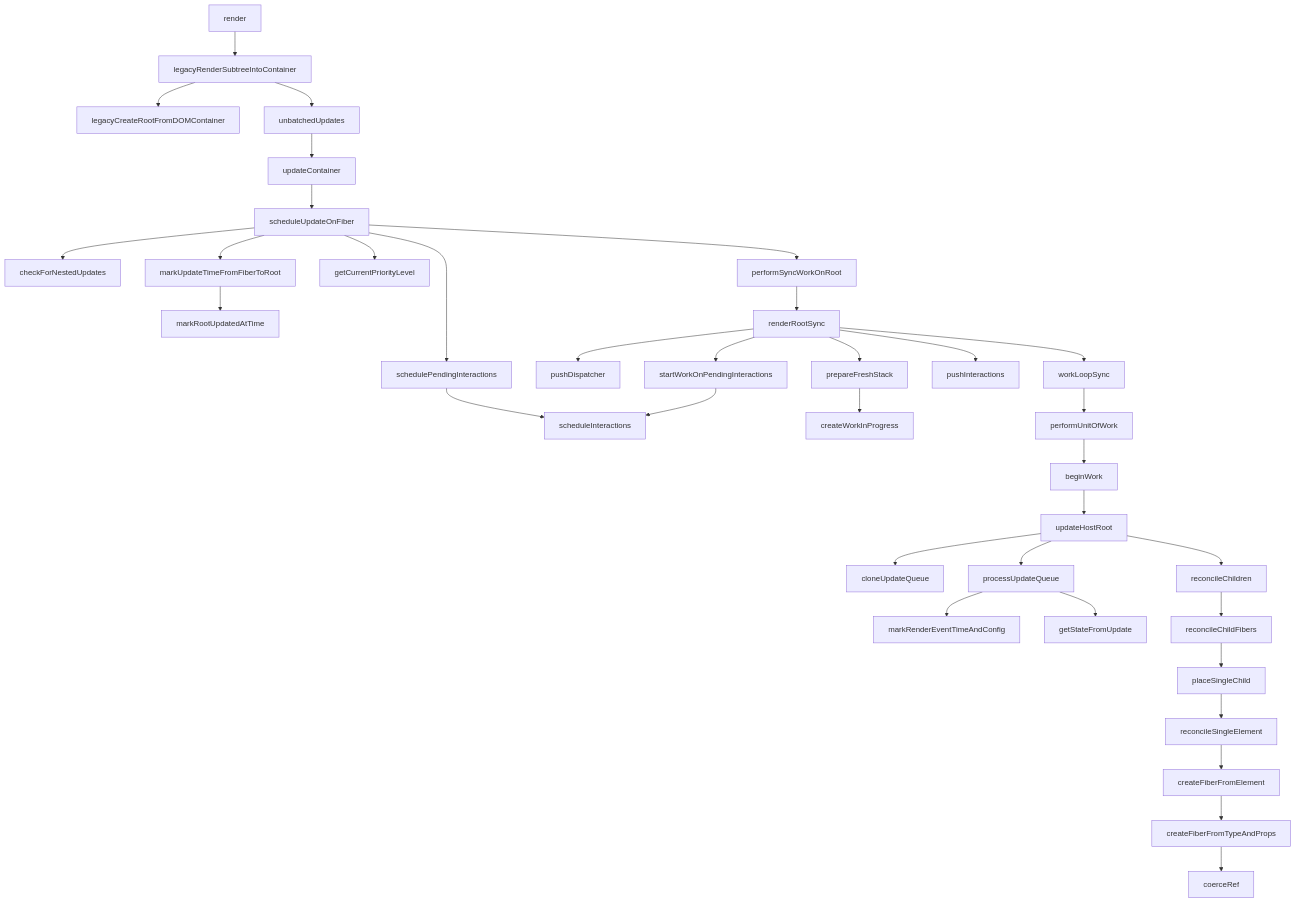
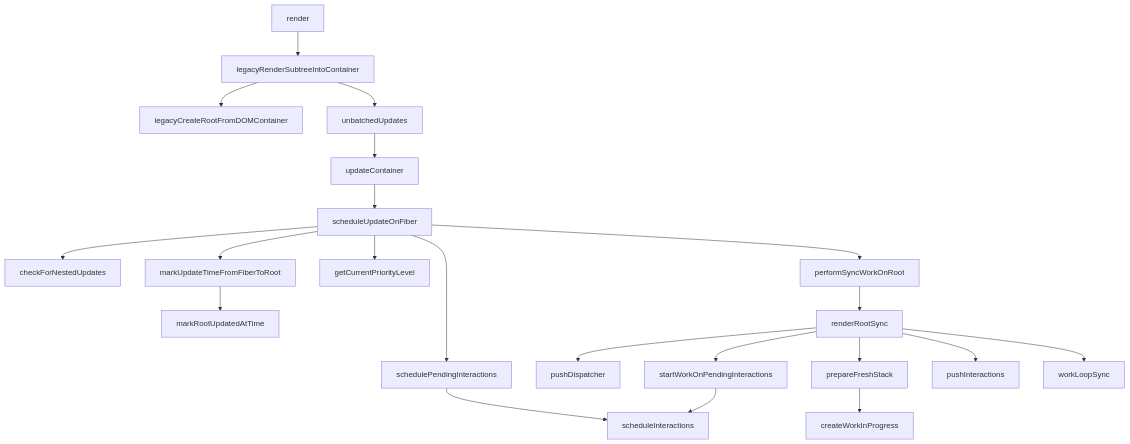
The first of 3 diagrams in source/_posts/2020-07-15-react源码学习之首次渲染调度更新的过程.md (ginnko/ginnko.github.io), drawn with Mermaid before and after one commit. The commit also changed other lines of this file, not shown here.

Commit message:
finish constructing Fiber of App in the first render

````diff
--- a/source/_posts/2020-07-15-react源码学习之首次渲染调度更新的过程.md
+++ b/source/_posts/2020-07-15-react源码学习之首次渲染调度更新的过程.md
@@ -16,38 +16,24 @@
 ```mermaid
 graph TD;
 
   render --> legacyRenderSubtreeIntoContainer;
   legacyRenderSubtreeIntoContainer --> legacyCreateRootFromDOMContainer;
   legacyRenderSubtreeIntoContainer --> unbatchedUpdates;
   unbatchedUpdates --> updateContainer;
   updateContainer --> scheduleUpdateOnFiber;
   scheduleUpdateOnFiber --> checkForNestedUpdates;
   scheduleUpdateOnFiber --> markUpdateTimeFromFiberToRoot;
   markUpdateTimeFromFiberToRoot --> markRootUpdatedAtTime;
   scheduleUpdateOnFiber --> getCurrentPriorityLevel;
   scheduleUpdateOnFiber --> schedulePendingInteractions;
   schedulePendingInteractions --> scheduleInteractions;
   scheduleUpdateOnFiber --> performSyncWorkOnRoot;
   performSyncWorkOnRoot --> renderRootSync;
   renderRootSync --> pushDispatcher;
   renderRootSync --> prepareFreshStack;
   prepareFreshStack --> createWorkInProgress;
   renderRootSync --> startWorkOnPendingInteractions;
   startWorkOnPendingInteractions --> scheduleInteractions;
   renderRootSync --> pushInteractions;
   renderRootSync --> workLoopSync;
-  workLoopSync --> performUnitOfWork;
-  performUnitOfWork --> beginWork;
-  beginWork --> updateHostRoot;
-  updateHostRoot --> cloneUpdateQueue;
-  updateHostRoot --> processUpdateQueue;
-  processUpdateQueue --> markRenderEventTimeAndConfig;
-  processUpdateQueue --> getStateFromUpdate;
-  updateHostRoot --> reconcileChildren;
-  reconcileChildren --> reconcileChildFibers;
-  reconcileChildFibers --> placeSingleChild;
-  placeSingleChild --> reconcileSingleElement;
-  reconcileSingleElement --> createFiberFromElement;
-  createFiberFromElement --> createFiberFromTypeAndProps;
-  createFiberFromTypeAndProps --> coerceRef;
 ```
````
